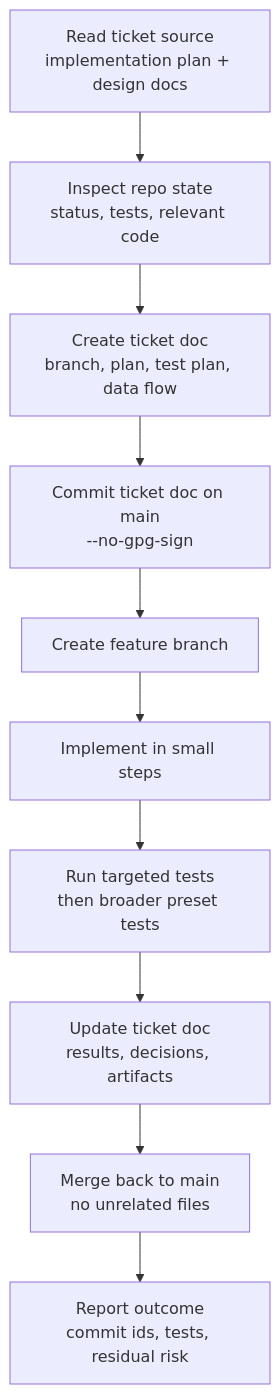
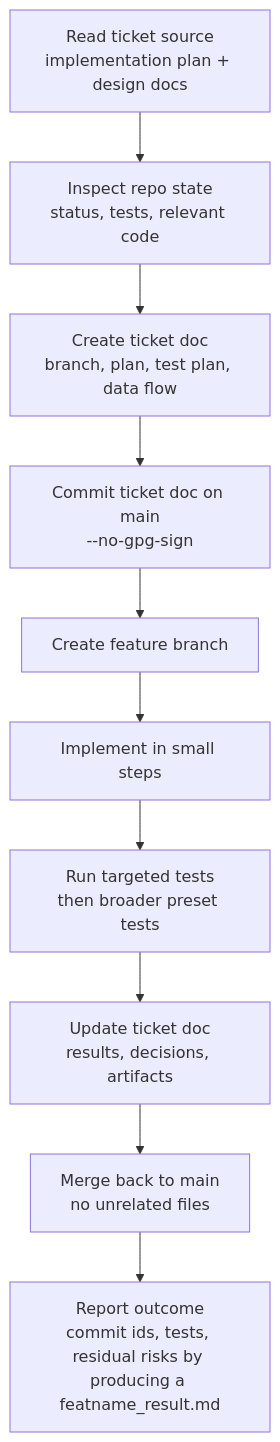
Before and after one commit to walkingIssue/vulkan-action-client: the diagram in docs/agent-ticket-workflow.md, drawn with Mermaid. The commit also changed 9 other files, not shown here.

````diff
--- a/docs/agent-ticket-workflow.md
+++ b/docs/agent-ticket-workflow.md
@@ -13,23 +13,23 @@
 ```mermaid
 flowchart TD
   Intake["Read ticket source\nimplementation plan + design docs"]
   Baseline["Inspect repo state\nstatus, tests, relevant code"]
   TicketDoc["Create ticket doc\nbranch, plan, test plan, data flow"]
   StartCommit["Commit ticket doc on main\n--no-gpg-sign"]
   Branch["Create feature branch"]
   Implement["Implement in small steps"]
   Verify["Run targeted tests\nthen broader preset tests"]
   UpdateDoc["Update ticket doc\nresults, decisions, artifacts"]
   Merge["Merge back to main\nno unrelated files"]
-  Final["Report outcome\ncommit ids, tests, residual risk"]
+  Final["Report outcome\ncommit ids, tests, residual risks by producing a featname_result.md"]
 
   Intake --> Baseline
   Baseline --> TicketDoc
   TicketDoc --> StartCommit
   StartCommit --> Branch
   Branch --> Implement
   Implement --> Verify
   Verify --> UpdateDoc
   UpdateDoc --> Merge
   Merge --> Final
 ```
````
